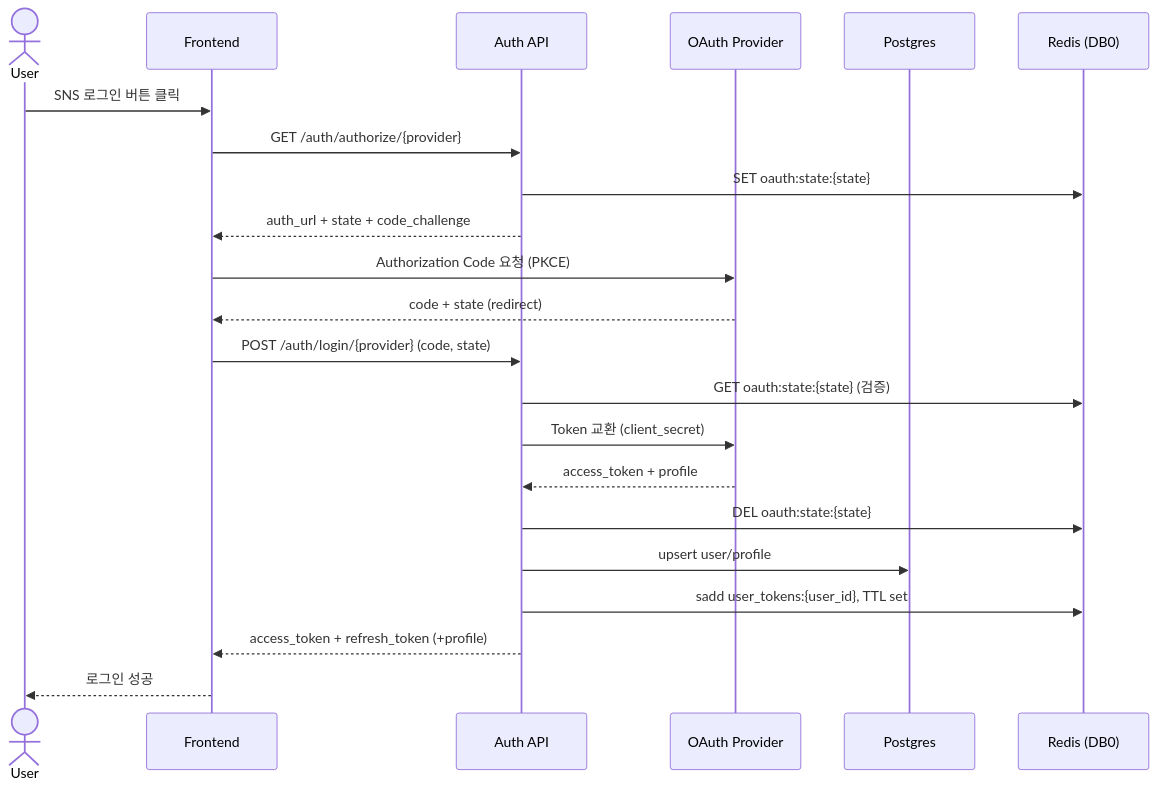
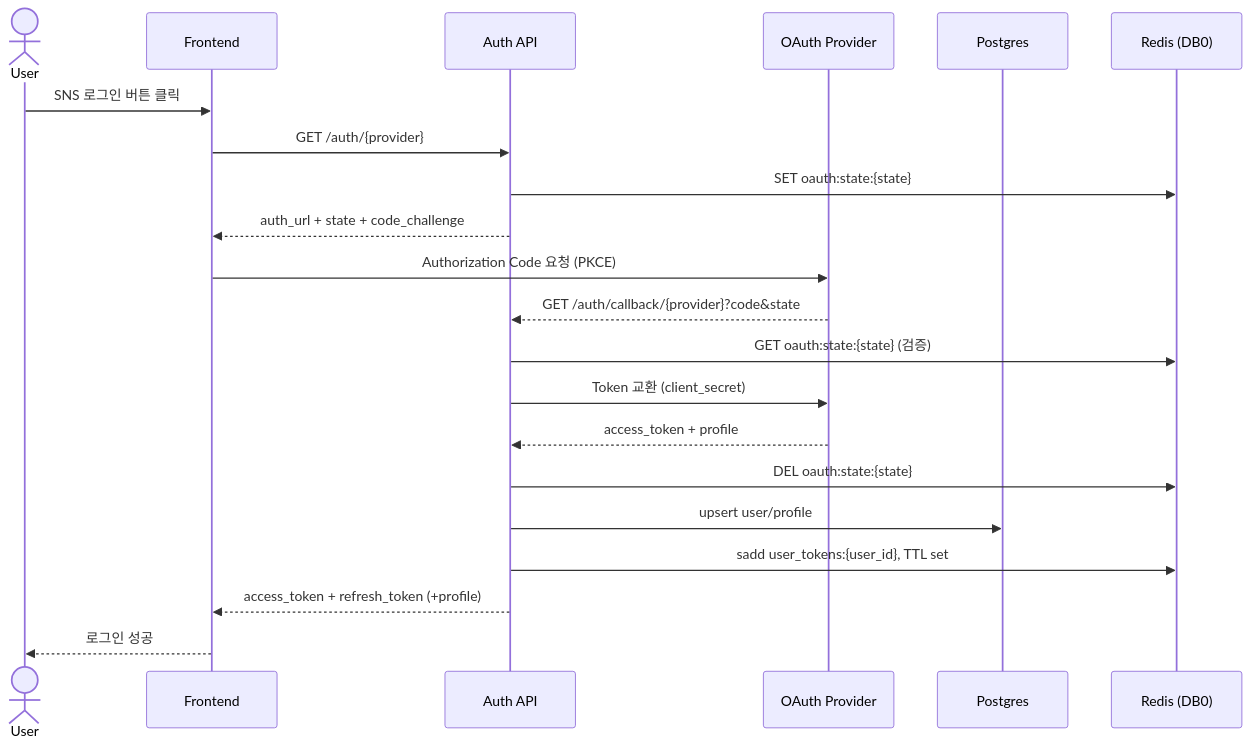
Before and after one commit to SeSACTHON/backend: the first of 4 diagrams in docs/development/FASTAPI_ZERO_WASTE_API_SPEC.md, drawn with Mermaid. The commit also changed other lines of this file and 7 other files, not shown here.

Commit message:
chore(auth): remove legacy login endpoint

````diff
--- a/docs/development/FASTAPI_ZERO_WASTE_API_SPEC.md
+++ b/docs/development/FASTAPI_ZERO_WASTE_API_SPEC.md
@@ -180,25 +179,24 @@
 ```mermaid
 sequenceDiagram
     actor User
     participant FE as Frontend
     participant AUTH as Auth API
     participant SNS as OAuth Provider
     participant PG as Postgres
     participant REDIS as Redis (DB0)
 
     User->>FE: SNS 로그인 버튼 클릭
-    FE->>AUTH: GET /auth/authorize/{provider}
+    FE->>AUTH: GET /auth/{provider}
     AUTH->>REDIS: SET oauth:state:{state}
     AUTH-->>FE: auth_url + state + code_challenge
     FE->>SNS: Authorization Code 요청 (PKCE)
-    SNS-->>FE: code + state (redirect)
-    FE->>AUTH: POST /auth/login/{provider} (code, state)
+    SNS-->>AUTH: GET /auth/callback/{provider}?code&state
     AUTH->>REDIS: GET oauth:state:{state} (검증)
     AUTH->>SNS: Token 교환 (client_secret)
     SNS-->>AUTH: access_token + profile
     AUTH->>REDIS: DEL oauth:state:{state}
     AUTH->>PG: upsert user/profile
     AUTH->>REDIS: sadd user_tokens:{user_id}, TTL set
     AUTH-->>FE: access_token + refresh_token (+profile)
     FE-->>User: 로그인 성공
 ```
````
